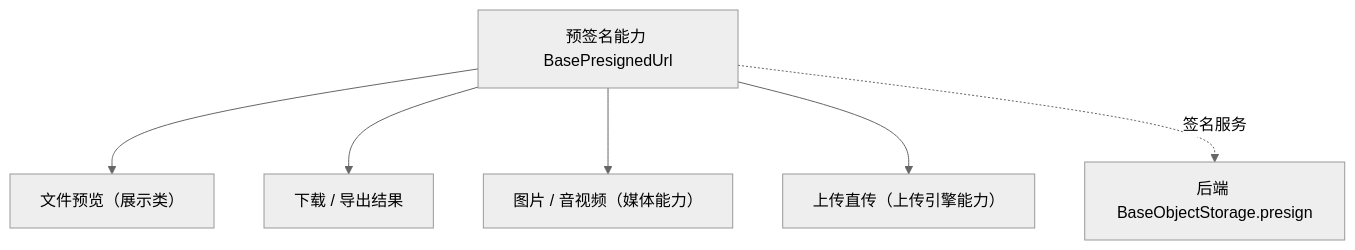
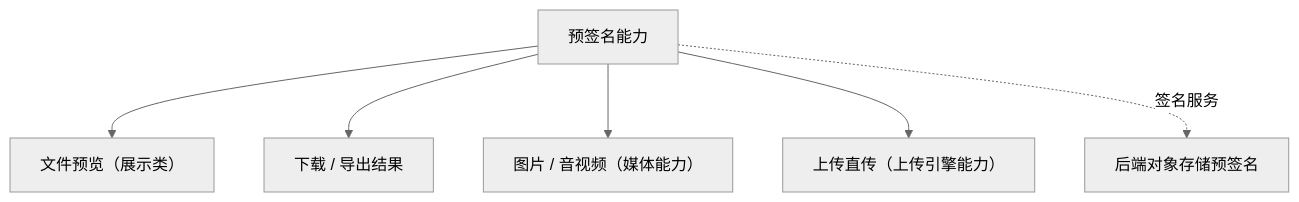
One commit to minjian123/basic-management-system changed the diagram in bms文档/设计/组件设计/02_基础组件类/02_能力类/22_组件设计_预签名能力/22_组件设计_预签名能力.md. Above: the diagram before and after it, drawn with Mermaid (neutral theme). The commit also changed other lines of this file and 238 other files, not shown here.

````diff
--- a/bms文档/设计/组件设计/02_基础组件类/02_能力类/22_组件设计_预签名能力/22_组件设计_预签名能力.md
+++ b/bms文档/设计/组件设计/02_基础组件类/02_能力类/22_组件设计_预签名能力/22_组件设计_预签名能力.md
@@ -15,8 +16,8 @@
 ```mermaid
 flowchart TD
-    P["预签名能力 BasePresignedUrl"] --> V["文件预览（展示类）"]
+    P["预签名能力"] --> V["文件预览（展示类）"]
     P --> D["下载 / 导出结果"]
     P --> M["图片 / 音视频（媒体能力）"]
     P --> U["上传直传（上传引擎能力）"]
-    P -. 签名服务 .-> R["后端 BaseObjectStorage.presign"]
+    P -. 签名服务 .-> R["后端对象存储预签名"]
 ```
````
